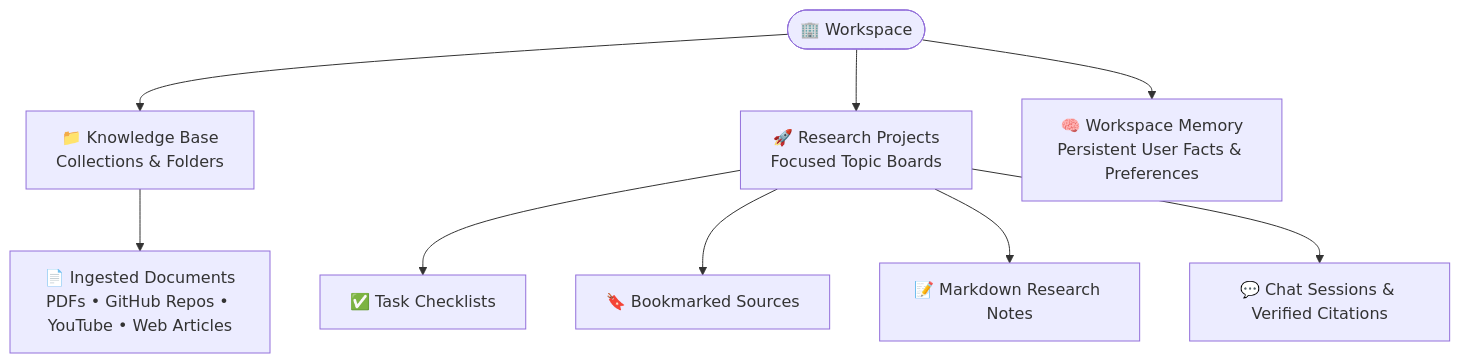
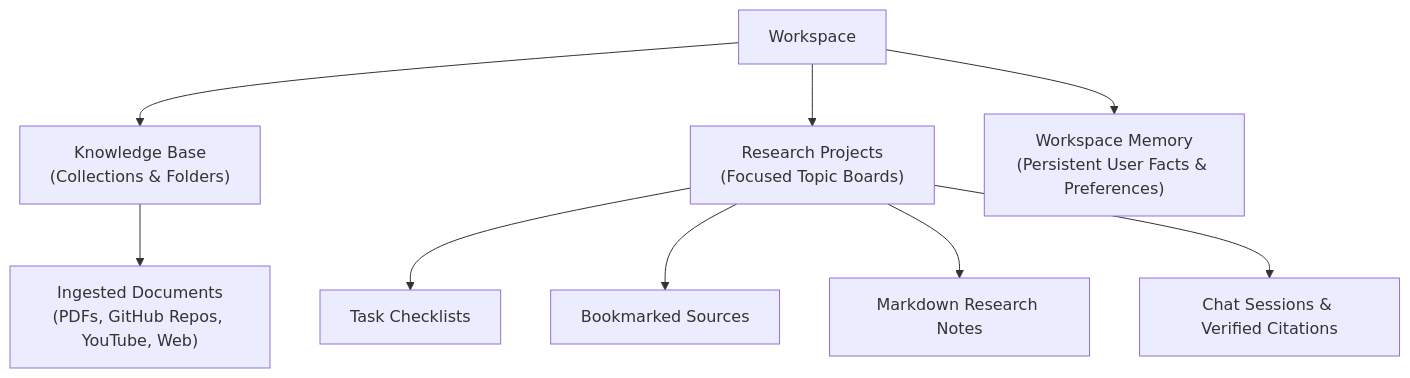
Before and after one commit to Mubeennaa12/ResearchHub: the third of 3 diagrams in README.md, drawn with Mermaid. The commit also changed other lines of this file, not shown here.

Commit message:
updated the system architecture diagram

````diff
--- a/README.md
+++ b/README.md
@@ -113,13 +105,13 @@
 ```mermaid
-flowchart TD
-    User([🏢 Workspace]) --> Docs["📁 Knowledge Base<br/>Collections & Folders"]
-    User --> Proj["🚀 Research Projects<br/>Focused Topic Boards"]
-    User --> Mem["🧠 Workspace Memory<br/>Persistent User Facts & Preferences"]
+graph TD
+    WS["Workspace"] --> Docs["Knowledge Base<br/>(Collections & Folders)"]
+    WS --> Proj["Research Projects<br/>(Focused Topic Boards)"]
+    WS --> Mem["Workspace Memory<br/>(Persistent User Facts & Preferences)"]
 
-    Docs --> Items["📄 Ingested Documents<br/>PDFs • GitHub Repos • YouTube • Web Articles"]
+    Docs --> Items["Ingested Documents<br/>(PDFs, GitHub Repos, YouTube, Web)"]
 
-    Proj --> T1["✅ Task Checklists"]
-    Proj --> T2["🔖 Bookmarked Sources"]
-    Proj --> T3["📝 Markdown Research Notes"]
-    Proj --> T4["💬 Chat Sessions & Verified Citations"]
+    Proj --> T1["Task Checklists"]
+    Proj --> T2["Bookmarked Sources"]
+    Proj --> T3["Markdown Research Notes"]
+    Proj --> T4["Chat Sessions & Verified Citations"]
 ```
````
